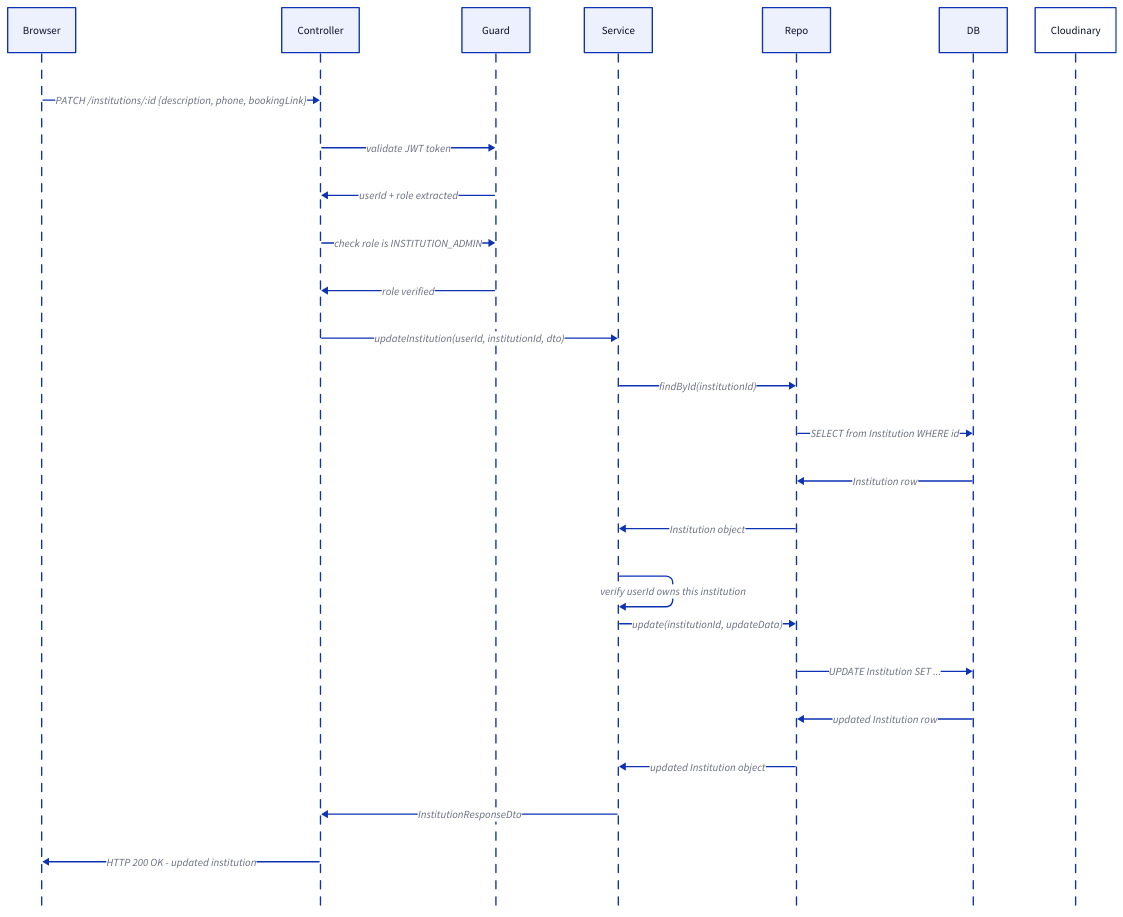
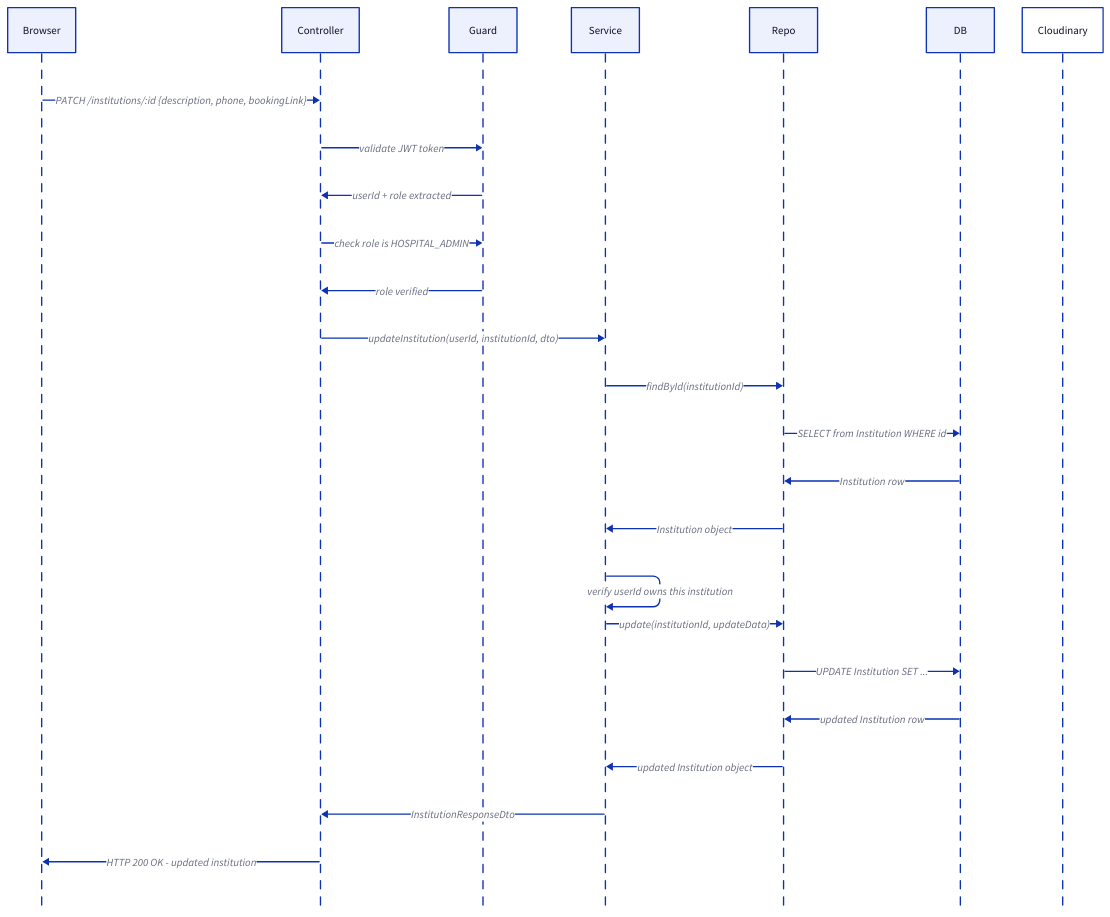
One commit to antik1108/AyuSangh changed the diagram in Documentation/UML_Diagrams/Sequence_Diagrams/Admin_Updates_Institution_Profile/Admin_Updates_Institution_Profile.d2. Above: the diagram before and after it, drawn with D2. The commit also changed other lines of this file and 23 other files, not shown here.

```diff
--- a/Documentation/UML_Diagrams/Sequence_Diagrams/Admin_Updates_Institution_Profile/Admin_Updates_Institution_Profile.d2
+++ b/Documentation/UML_Diagrams/Sequence_Diagrams/Admin_Updates_Institution_Profile/Admin_Updates_Institution_Profile.d2
@@ -1,27 +1,27 @@
 shape: sequence_diagram
 
 Browser
 Controller
 Guard
 Service
 Repo
 DB
 Cloudinary
 
 Browser -> Controller: "PATCH /institutions/:id {description, phone, bookingLink}"
 Controller -> Guard: "validate JWT token"
 Guard -> Controller: "userId + role extracted"
-Controller -> Guard: "check role is INSTITUTION_ADMIN"
+Controller -> Guard: "check role is HOSPITAL_ADMIN"
 Guard -> Controller: "role verified"
 Controller -> Service: "updateInstitution(userId, institutionId, dto)"
 Service -> Repo: "findById(institutionId)"
 Repo -> DB: "SELECT from Institution WHERE id"
 DB -> Repo: "Institution row"
 Repo -> Service: "Institution object"
 Service -> Service: "verify userId owns this institution"
 Service -> Repo: "update(institutionId, updateData)"
 Repo -> DB: "UPDATE Institution SET ..."
 DB -> Repo: "updated Institution row"
 Repo -> Service: "updated Institution object"
 Service -> Controller: "InstitutionResponseDto"
 Controller -> Browser: "HTTP 200 OK - updated institution"
```
